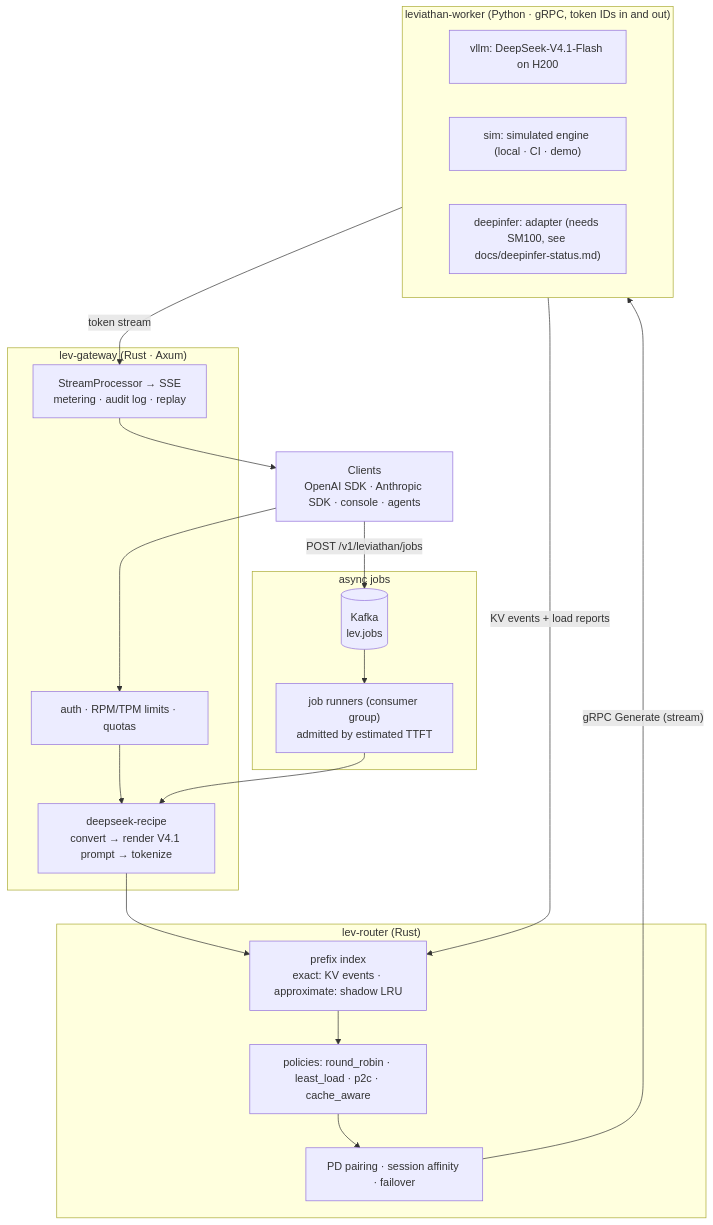
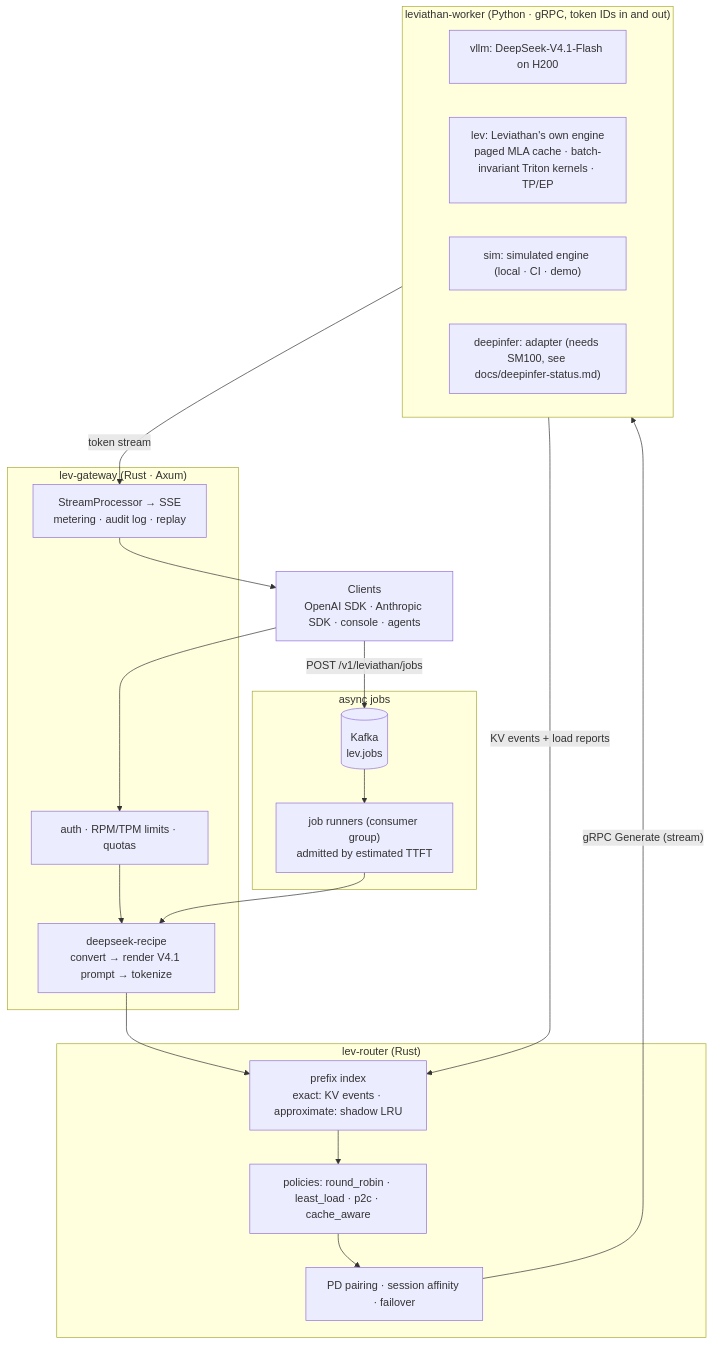
The diagram in README.md (FufanLu/Inference-Framework-Agent-Based-on-DeepInfer), drawn with Mermaid before and after one commit. The commit also changed other lines of this file and 11 other files, not shown here.

````diff
--- a/README.md
+++ b/README.md
@@ -22,28 +22,29 @@
 ```mermaid
 flowchart TB
     C["Clients<br/>OpenAI SDK · Anthropic SDK · console · agents"]
     subgraph GW["lev-gateway (Rust · Axum)"]
         A["auth · RPM/TPM limits · quotas"]
         R["deepseek-recipe<br/>convert → render V4.1 prompt → tokenize"]
         S["StreamProcessor → SSE<br/>metering · audit log · replay"]
     end
     subgraph RT["lev-router (Rust)"]
         I["prefix index<br/>exact: KV events · approximate: shadow LRU"]
         P["policies: round_robin · least_load · p2c · cache_aware"]
         D["PD pairing · session affinity · failover"]
     end
     subgraph JQ["async jobs"]
         K[("Kafka<br/>lev.jobs")]
         J["job runners (consumer group)<br/>admitted by estimated TTFT"]
     end
     subgraph WK["leviathan-worker (Python · gRPC, token IDs in and out)"]
         V["vllm: DeepSeek-V4.1-Flash on H200"]
+        L["lev: Leviathan's own engine<br/>paged MLA cache · batch-invariant Triton kernels · TP/EP"]
         M["sim: simulated engine (local · CI · demo)"]
         X["deepinfer: adapter (needs SM100, see docs/deepinfer-status.md)"]
     end
     C --> A --> R --> I --> P --> D
     C -- "POST /v1/leviathan/jobs" --> K --> J --> R
     D -- "gRPC Generate (stream)" --> WK
     WK -- "KV events + load reports" --> I
     WK -- "token stream" --> S --> C
 ```
````
